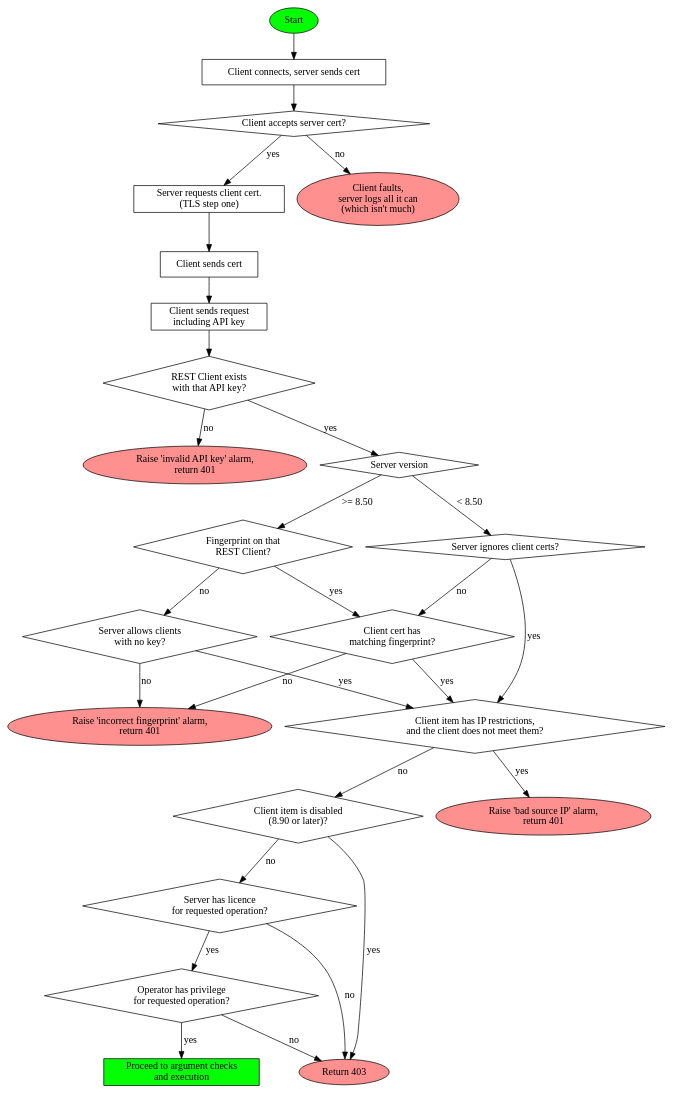
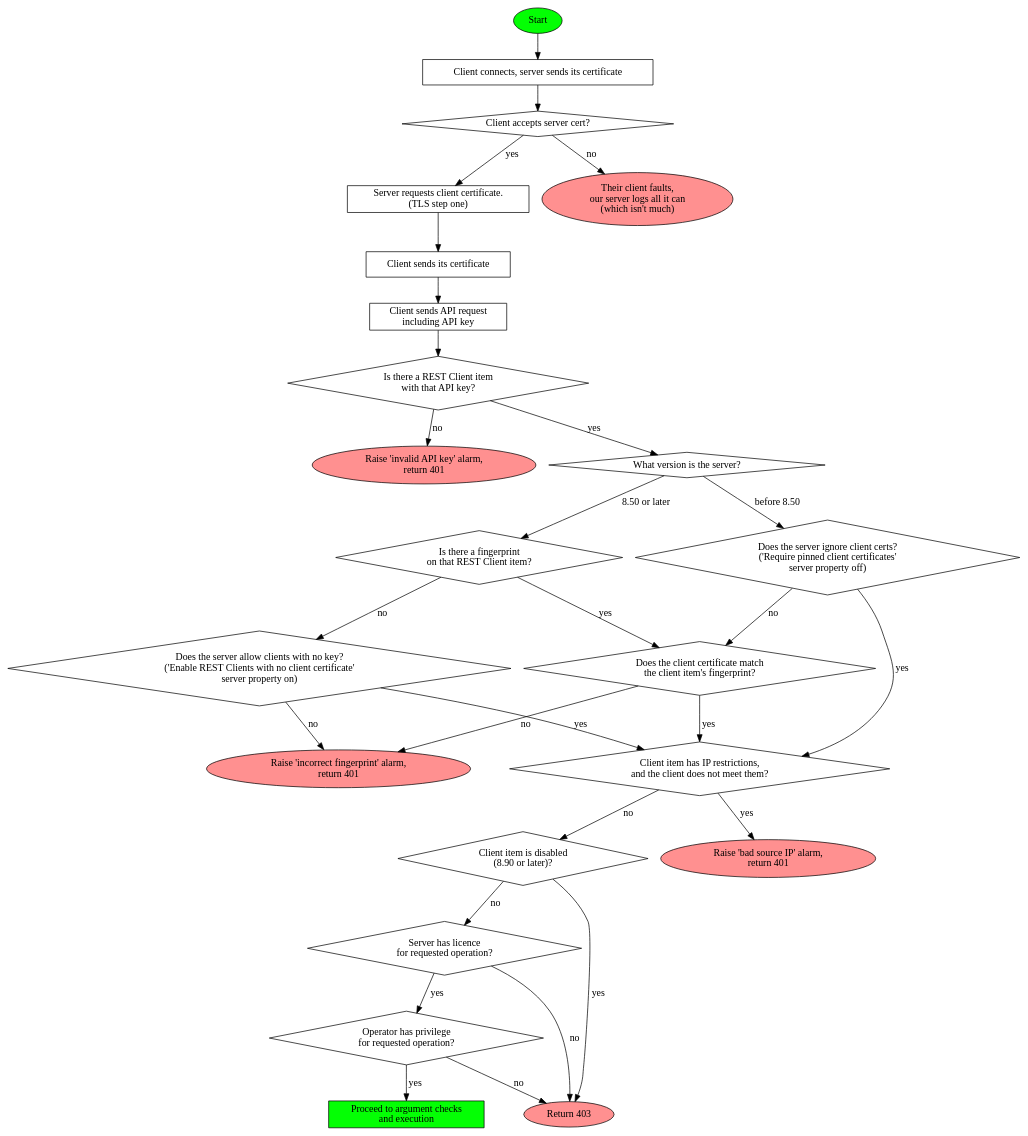
The diagram in training/auth_flow.dot (GallagherSecurity/cc-rest-docs), drawn with Graphviz before and after one commit. The commit also changed 1 other file, not shown here.

Commit message:
Wordier flowchart

```diff
--- a/training/auth_flow.dot
+++ b/training/auth_flow.dot
@@ -1,72 +1,72 @@
 # Turn this into auth_flow.dot.pdf using Graphviz:
 # dot auth_flow.dot -Tpdf -O
 digraph
 {
         start[label=Start style=filled fillcolor="#04ff04"]
 
         node [shape=ellipse, style=filled, fillcolor="#ff9090"]
         o_noapikey[label="Raise 'invalid API key' alarm,\nreturn 401"]
         o_badprint[label="Raise 'incorrect fingerprint' alarm,\nreturn 401"]
         o_badip[label="Raise 'bad source IP' alarm,\nreturn 401"]
         o_disabled[label="Return 403"]
-        o_clientquit[label="Client faults,\nserver logs all it can\n(which isn't much)"]
+        o_clientquit[label="Their client faults,\nour server logs all it can\n(which isn't much)"]
 
         node [shape=box, style=""]
-        op1[label="Client connects, server sends cert"]
-        o_reqclientcert[label="Server requests client cert.\n(TLS step one)"]
-        o_clientsendscert[label="Client sends cert"]
-        o_clientreq[label="Client sends request\nincluding API key"]
+        op1[label="Client connects, server sends its certificate"]
+        o_reqclientcert[label="Server requests client certificate.\n(TLS step one)"]
+        o_clientsendscert[label="Client sends its certificate"]
+        o_clientreq[label="Client sends API request\nincluding API key"]
         o_argcheck[label="Proceed to argument checks\nand execution" style=filled fillcolor="#04ff04"]
 
         node [shape=diamond]
         cond[label="Client accepts server cert?" ordering=out ]
-        c_apikeycheck[label="REST Client exists\nwith that API key?"]
-        c_versioncheck [label="Server version" ]
-        c_clientcertcheck1[label="Fingerprint on that\nREST Client?"]
-        c_clientcertcheck2[label="Server allows clients\nwith no key?"]
+        c_apikeycheck[label="Is there a REST Client item\nwith that API key?"]
+        c_versioncheck [label="What version is the server?" ]
+        c_clientcertcheck1[label="Is there a fingerprint\non that REST Client item?"]
+        c_clientcertcheck2[label="Does the server allow clients with no key?\n('Enable REST Clients with no client certificate'\nserver property on)"]
 
-        c_clientcertcheck840[label="Server ignores client certs?"]
+        c_clientcertcheck840[label="Does the server ignore client certs?\n('Require pinned client certificates'\nserver property off)"]
 
-        c_correctcert[label="Client cert has\nmatching fingerprint?" shape=diamond]
+        c_correctcert[label="Does the client certificate match\nthe client item's fingerprint?" shape=diamond]
         c_sourceip[label="Client item has IP restrictions,\nand the client does not meet them?" ordering=out ]
         c_disabled[label="Client item is disabled\n(8.90 or later)?" ordering=out ]
         c_licence[label="Server has licence\nfor requested operation?"]
         c_privcheck[label="Operator has privilege\nfor requested operation?"]
 
         start->op1
         op1->cond
         cond->o_reqclientcert [label = "yes"]
         cond->o_clientquit [label = "no"]
         o_reqclientcert -> o_clientsendscert
         o_clientsendscert -> o_clientreq
         o_clientreq->c_apikeycheck
 
         c_apikeycheck->c_versioncheck [label = "yes"]
         c_apikeycheck->o_noapikey [label = "no"]
 
-        c_versioncheck -> c_clientcertcheck1 [label = ">= 8.50"]
-        c_versioncheck -> c_clientcertcheck840 [label = "< 8.50"]
+        c_versioncheck -> c_clientcertcheck1 [label = "8.50 or later"]
+        c_versioncheck -> c_clientcertcheck840 [label = "before 8.50"]
 
         c_clientcertcheck1->c_clientcertcheck2 [label= "no"]
 
         c_clientcertcheck840->c_sourceip [label = "yes"]
         c_clientcertcheck840->c_correctcert [label = "no"]
 
         c_clientcertcheck2->c_sourceip [label = "yes"]
         c_clientcertcheck2->o_badprint [label = "no"]
 
         c_clientcertcheck1->c_correctcert [label = "yes"]
         c_correctcert->o_badprint [label = "no"]
 
         c_correctcert->c_sourceip [label = "yes"]
         c_sourceip->c_disabled [label = "no"]
         c_sourceip->o_badip [label = "yes"]
 
         c_disabled->c_licence [label = "no"]
         c_disabled->o_disabled [label = "yes"]
 
         c_licence->c_privcheck [label="yes"]
         c_licence->o_disabled [label="no"]
         c_privcheck->o_disabled [label="no"]
         c_privcheck->o_argcheck [label="yes"]
 }
```
